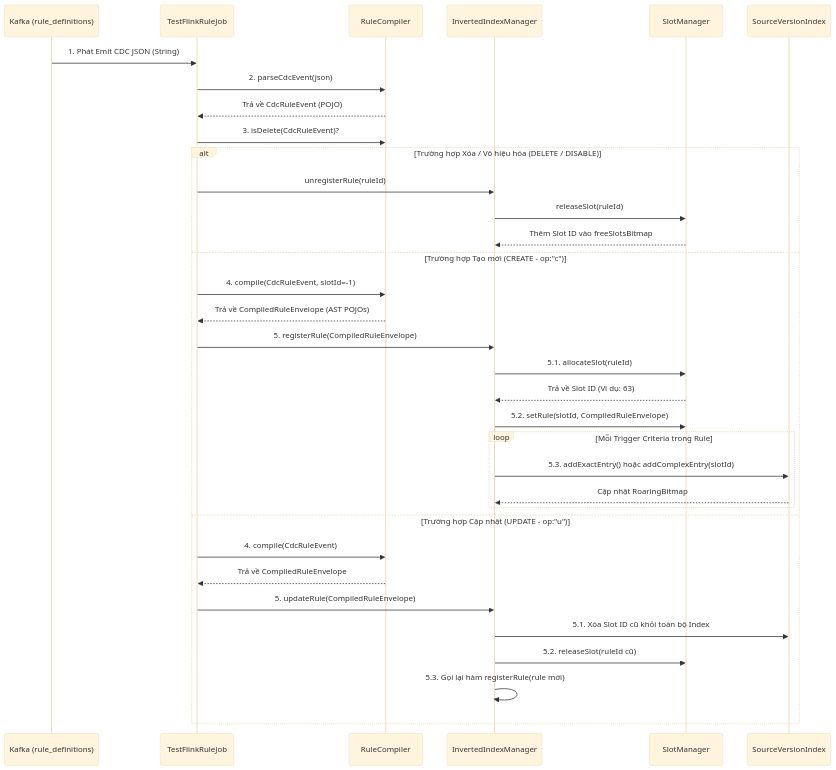
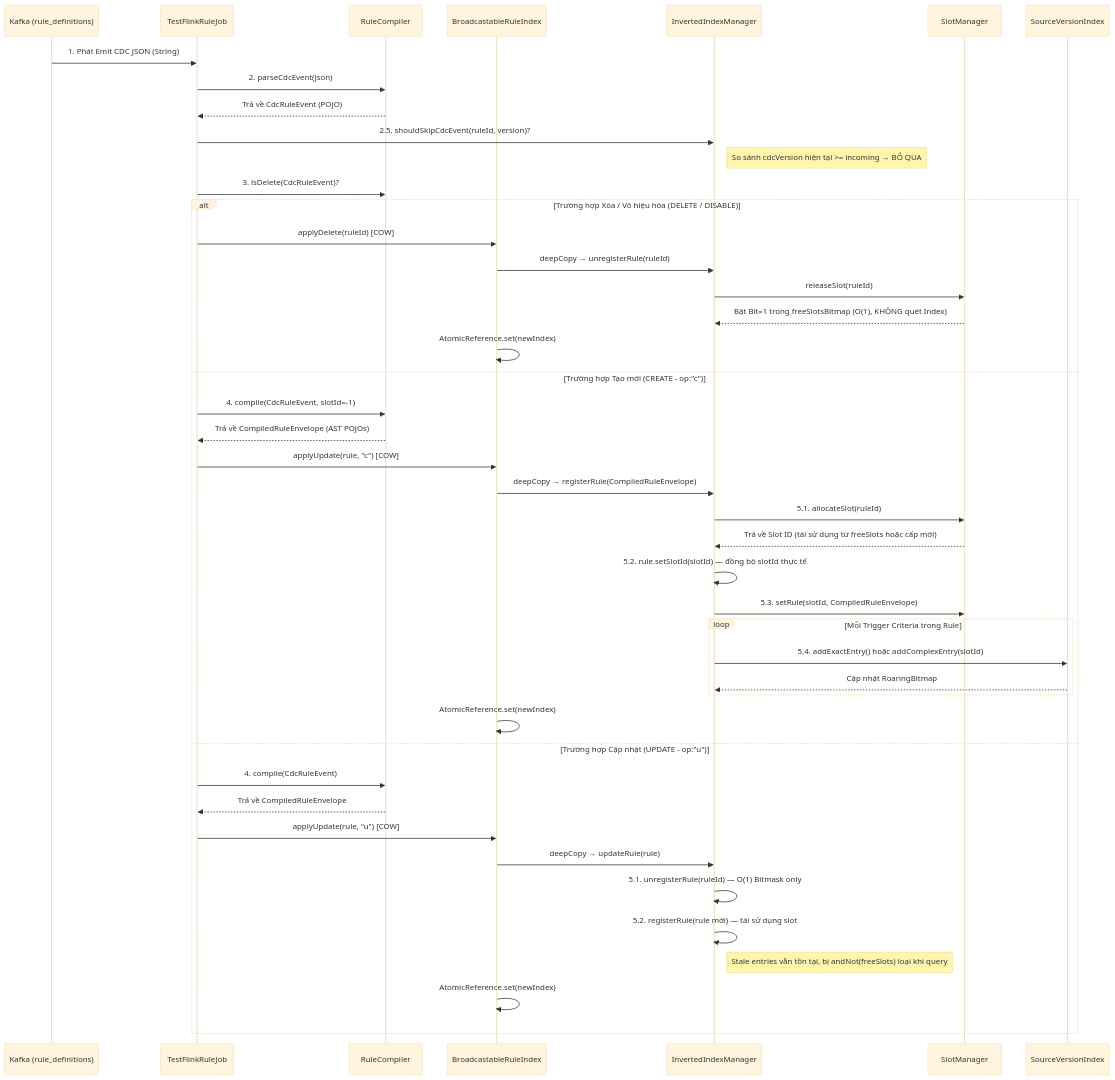
The first of 2 diagrams in docs/process/03_INVERTED_INDEX.md (maithinhft/stateful-streaming), drawn with Mermaid (base theme) before and after one commit. The commit also changed other lines of this file and 3 other files, not shown here.

Commit message:
test(rule-index): test index, parse rule and add docs for test, command, process

````diff
--- a/docs/process/03_INVERTED_INDEX.md
+++ b/docs/process/03_INVERTED_INDEX.md
@@ -7,41 +9,52 @@
 ```mermaid
 sequenceDiagram
     participant Kafka as Kafka (rule_definitions)
     participant FlinkJob as TestFlinkRuleJob
     participant Compiler as RuleCompiler
+    participant Broadcast as BroadcastableRuleIndex
     participant IndexMgr as InvertedIndexManager
     participant SlotMgr as SlotManager
     participant SourceIdx as SourceVersionIndex
 
     Kafka->>FlinkJob: 1. Phát Emit CDC JSON (String)
     FlinkJob->>Compiler: 2. parseCdcEvent(json)
     Compiler-->>FlinkJob: Trả về CdcRuleEvent (POJO)
+
+    FlinkJob->>IndexMgr: 2.5. shouldSkipCdcEvent(ruleId, version)?
+    Note right of IndexMgr: So sánh cdcVersion hiện tại >= incoming → BỎ QUA
     
     FlinkJob->>Compiler: 3. isDelete(CdcRuleEvent)?
     
     alt Trường hợp Xóa / Vô hiệu hóa (DELETE / DISABLE)
-        FlinkJob->>IndexMgr: unregisterRule(ruleId)
+        FlinkJob->>Broadcast: applyDelete(ruleId) [COW]
+        Broadcast->>IndexMgr: deepCopy → unregisterRule(ruleId)
         IndexMgr->>SlotMgr: releaseSlot(ruleId)
-        SlotMgr-->>IndexMgr: Thêm Slot ID vào freeSlotsBitmap
+        SlotMgr-->>IndexMgr: Bật Bit=1 trong freeSlotsBitmap (O(1), KHÔNG quét Index)
+        Broadcast->>Broadcast: AtomicReference.set(newIndex)
     else Trường hợp Tạo mới (CREATE - op:"c")
         FlinkJob->>Compiler: 4. compile(CdcRuleEvent, slotId=-1)
         Compiler-->>FlinkJob: Trả về CompiledRuleEnvelope (AST POJOs)
-        FlinkJob->>IndexMgr: 5. registerRule(CompiledRuleEnvelope)
+        FlinkJob->>Broadcast: applyUpdate(rule, "c") [COW]
+        Broadcast->>IndexMgr: deepCopy → registerRule(CompiledRuleEnvelope)
         
         IndexMgr->>SlotMgr: 5.1. allocateSlot(ruleId)
-        SlotMgr-->>IndexMgr: Trả về Slot ID (Ví dụ: 63)
-        IndexMgr->>SlotMgr: 5.2. setRule(slotId, CompiledRuleEnvelope)
+        SlotMgr-->>IndexMgr: Trả về Slot ID (tái sử dụng từ freeSlots hoặc cấp mới)
+        IndexMgr->>IndexMgr: 5.2. rule.setSlotId(slotId) — đồng bộ slotId thực tế
+        IndexMgr->>SlotMgr: 5.3. setRule(slotId, CompiledRuleEnvelope)
         
         loop Mỗi Trigger Criteria trong Rule
-            IndexMgr->>SourceIdx: 5.3. addExactEntry() hoặc addComplexEntry(slotId)
+            IndexMgr->>SourceIdx: 5.4. addExactEntry() hoặc addComplexEntry(slotId)
             SourceIdx-->>IndexMgr: Cập nhật RoaringBitmap
         end
+        Broadcast->>Broadcast: AtomicReference.set(newIndex)
     else Trường hợp Cập nhật (UPDATE - op:"u")
         FlinkJob->>Compiler: 4. compile(CdcRuleEvent)
         Compiler-->>FlinkJob: Trả về CompiledRuleEnvelope
-        FlinkJob->>IndexMgr: 5. updateRule(CompiledRuleEnvelope)
-        IndexMgr->>SourceIdx: 5.1. Xóa Slot ID cũ khỏi toàn bộ Index
-        IndexMgr->>SlotMgr: 5.2. releaseSlot(ruleId cũ)
-        IndexMgr->>IndexMgr: 5.3. Gọi lại hàm registerRule(rule mới)
+        FlinkJob->>Broadcast: applyUpdate(rule, "u") [COW]
+        Broadcast->>IndexMgr: deepCopy → updateRule(rule)
+        IndexMgr->>IndexMgr: 5.1. unregisterRule(ruleId) — O(1) Bitmask only
+        IndexMgr->>IndexMgr: 5.2. registerRule(rule mới) — tái sử dụng slot
+        Note right of IndexMgr: Stale entries vẫn tồn tại, bị andNot(freeSlots) loại khi query
+        Broadcast->>Broadcast: AtomicReference.set(newIndex)
     end
 ```
````
